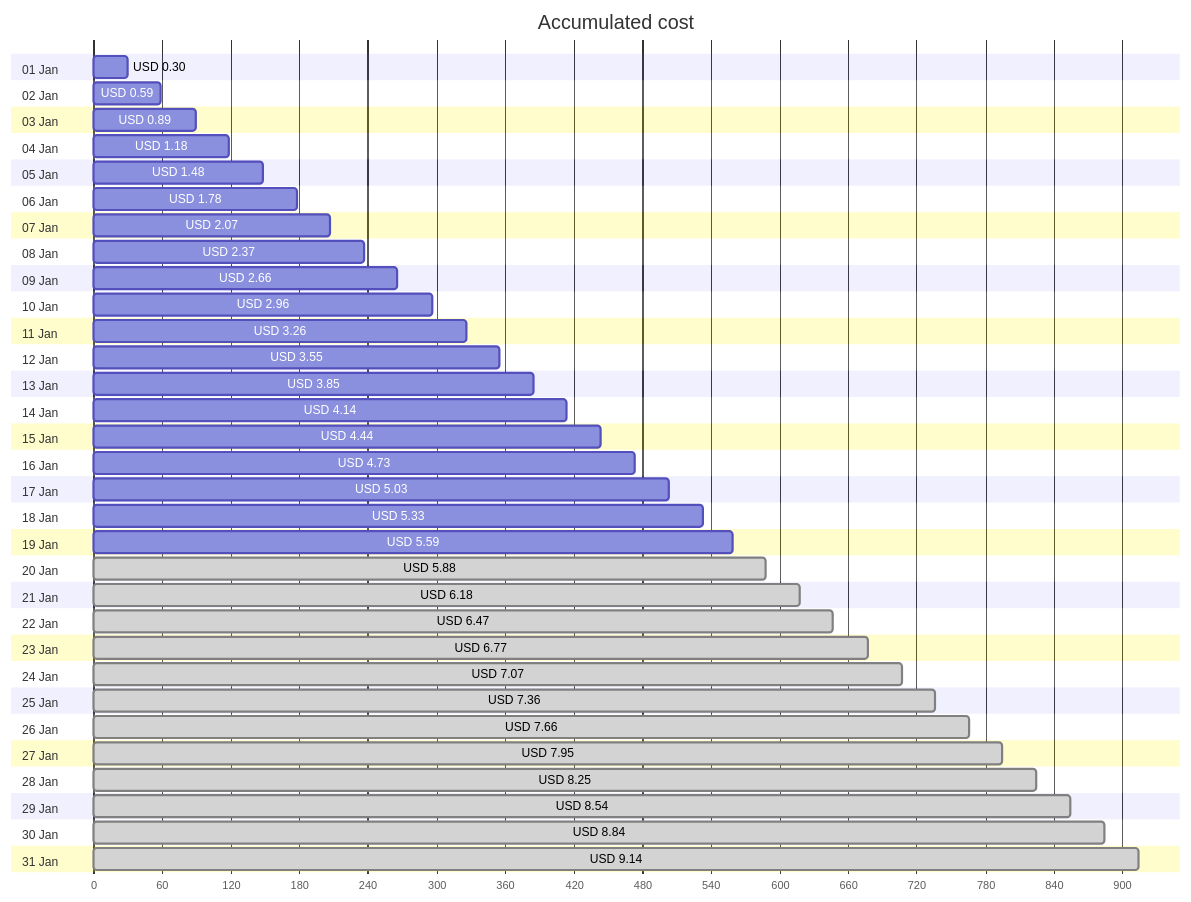
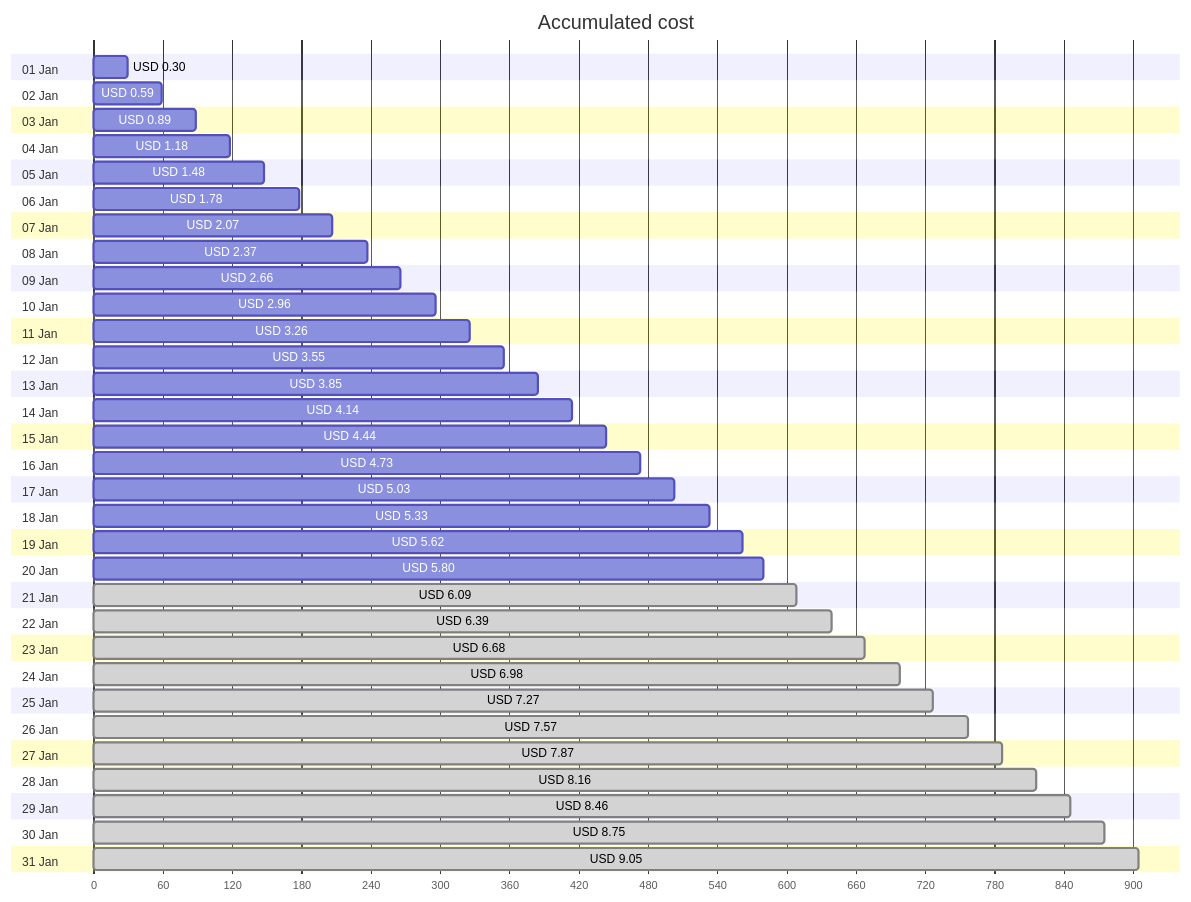
The first of 4 diagrams in cost-reports/personal-site/personal-site-preview.md (jpfulton/azure-personal-reports), drawn with Mermaid before and after one commit. The commit also changed other lines of this file and 7 other files, not shown here.

````diff
--- a/cost-reports/personal-site/personal-site-preview.md
+++ b/cost-reports/personal-site/personal-site-preview.md
@@ -20,68 +20,68 @@
 ```mermaid
 gantt
    title Accumulated cost
    dateFormat  X
    axisFormat %s
    section 01 Jan
    USD 0.30 :0, 30
    section 02 Jan
    USD 0.59 :0, 59
    section 03 Jan
    USD 0.89 :0, 89
    section 04 Jan
    USD 1.18 :0, 118
    section 05 Jan
    USD 1.48 :0, 148
    section 06 Jan
    USD 1.78 :0, 178
    section 07 Jan
    USD 2.07 :0, 207
    section 08 Jan
    USD 2.37 :0, 237
    section 09 Jan
    USD 2.66 :0, 266
    section 10 Jan
    USD 2.96 :0, 296
    section 11 Jan
    USD 3.26 :0, 326
    section 12 Jan
    USD 3.55 :0, 355
    section 13 Jan
    USD 3.85 :0, 385
    section 14 Jan
    USD 4.14 :0, 414
    section 15 Jan
    USD 4.44 :0, 444
    section 16 Jan
    USD 4.73 :0, 473
    section 17 Jan
    USD 5.03 :0, 503
    section 18 Jan
    USD 5.33 :0, 533
    section 19 Jan
-   USD 5.59 :0, 559
+   USD 5.62 :0, 562
    section 20 Jan
-   USD 5.88 : done, 0, 588
+   USD 5.80 :0, 580
    section 21 Jan
-   USD 6.18 : done, 0, 618
+   USD 6.09 : done, 0, 609
    section 22 Jan
-   USD 6.47 : done, 0, 647
+   USD 6.39 : done, 0, 639
    section 23 Jan
-   USD 6.77 : done, 0, 677
+   USD 6.68 : done, 0, 668
    section 24 Jan
-   USD 7.07 : done, 0, 707
+   USD 6.98 : done, 0, 698
    section 25 Jan
-   USD 7.36 : done, 0, 736
+   USD 7.27 : done, 0, 727
    section 26 Jan
-   USD 7.66 : done, 0, 766
+   USD 7.57 : done, 0, 757
    section 27 Jan
-   USD 7.95 : done, 0, 795
+   USD 7.87 : done, 0, 787
    section 28 Jan
-   USD 8.25 : done, 0, 825
+   USD 8.16 : done, 0, 816
    section 29 Jan
-   USD 8.54 : done, 0, 854
+   USD 8.46 : done, 0, 846
    section 30 Jan
-   USD 8.84 : done, 0, 884
+   USD 8.75 : done, 0, 875
    section 31 Jan
-   USD 9.14 : done, 0, 914
+   USD 9.05 : done, 0, 905
 ```
````
